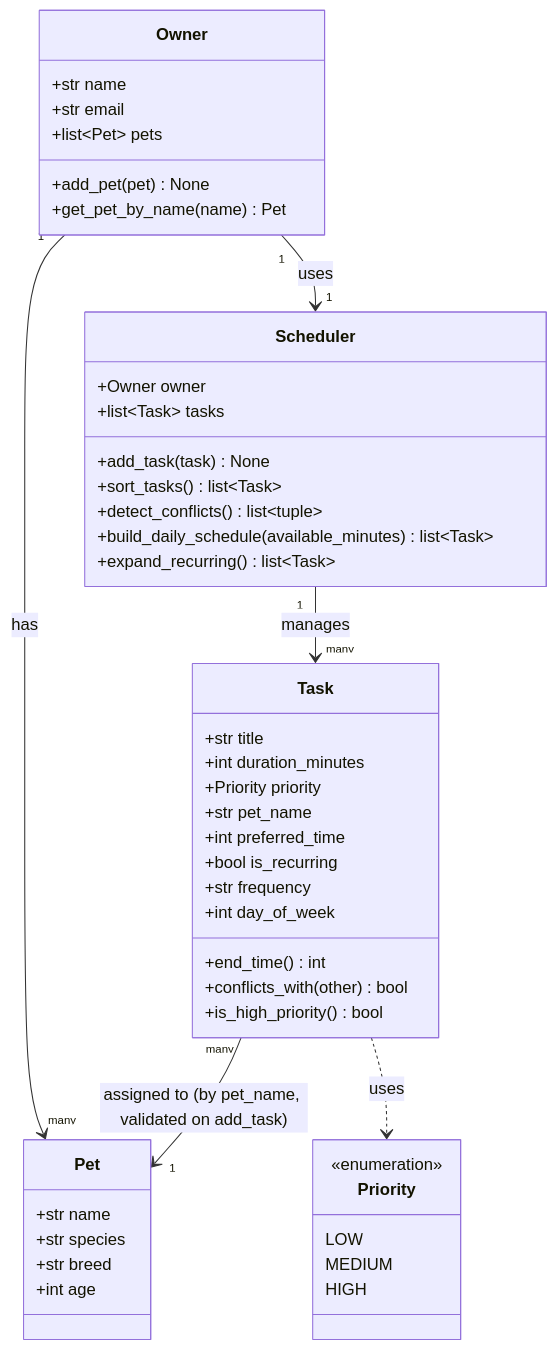
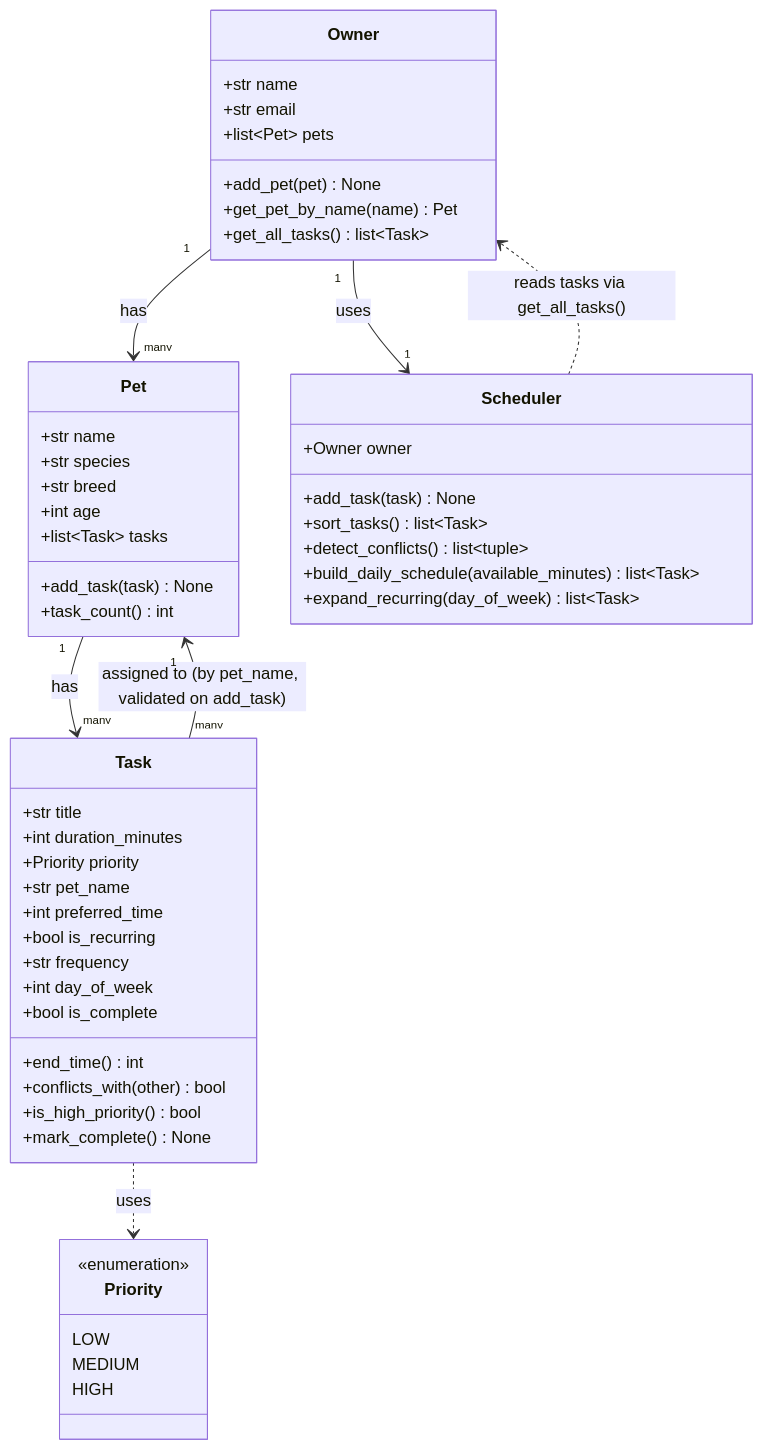
The diagram in diagrams/uml.mmd (rapolukruthika9/ai110-module2show-pawpal-starter), drawn with Mermaid before and after one commit. The commit also changed 5 other files, not shown here.

First line of the commit message:
feat: implement Task, Pet, Owner, and Scheduler logic with CLI demo and tests

```diff
--- a/diagrams/uml.mmd
+++ b/diagrams/uml.mmd
@@ -1,52 +1,58 @@
 classDiagram
     class Owner {
         +str name
         +str email
         +list~Pet~ pets
         +add_pet(pet) None
         +get_pet_by_name(name) Pet
+        +get_all_tasks() list~Task~
     }
 
     class Pet {
         +str name
         +str species
         +str breed
         +int age
+        +list~Task~ tasks
+        +add_task(task) None
+        +task_count() int
     }
 
     class Priority {
         <<enumeration>>
         LOW
         MEDIUM
         HIGH
     }
 
     class Task {
         +str title
         +int duration_minutes
         +Priority priority
         +str pet_name
         +int preferred_time
         +bool is_recurring
         +str frequency
         +int day_of_week
+        +bool is_complete
         +end_time() int
         +conflicts_with(other) bool
         +is_high_priority() bool
+        +mark_complete() None
     }
 
     class Scheduler {
         +Owner owner
-        +list~Task~ tasks
         +add_task(task) None
         +sort_tasks() list~Task~
         +detect_conflicts() list~tuple~
         +build_daily_schedule(available_minutes) list~Task~
-        +expand_recurring() list~Task~
+        +expand_recurring(day_of_week) list~Task~
     }
 
     Owner "1" --> "many" Pet : has
     Owner "1" --> "1" Scheduler : uses
-    Scheduler "1" --> "many" Task : manages
+    Pet "1" --> "many" Task : has
+    Scheduler ..> Owner : reads tasks via get_all_tasks()
     Task "many" --> "1" Pet : assigned to (by pet_name, validated on add_task)
     Task ..> Priority : uses
```
